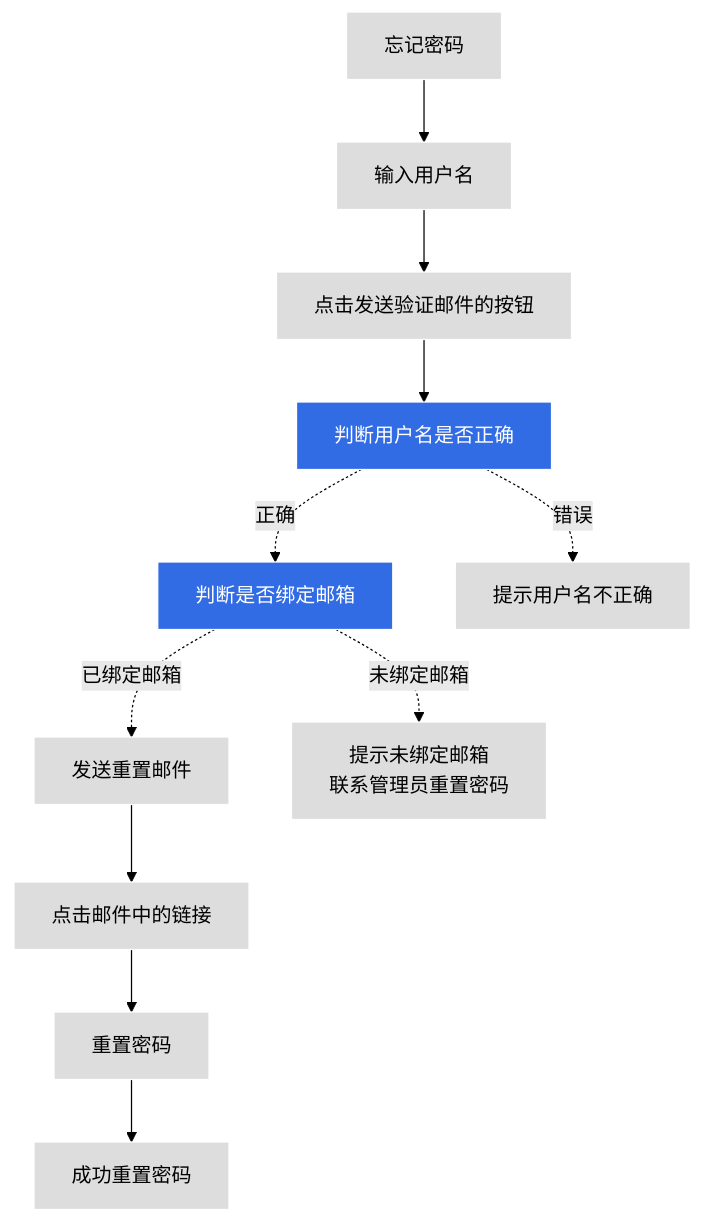
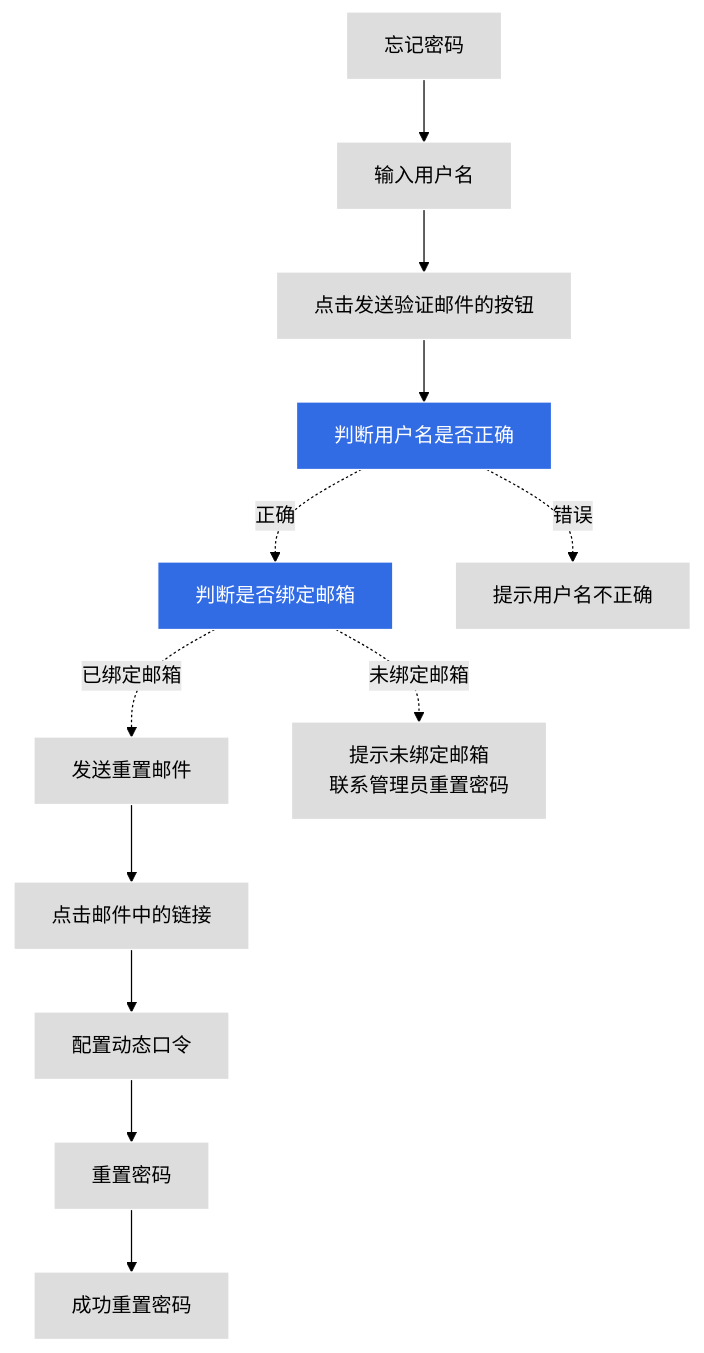
One commit to DaoCloud/DaoCloud-docs changed the diagram in docs/zh/docs/ghippo/user-guide/password.md. Above: the diagram before and after it, drawn with Mermaid (forest theme). The commit also changed other lines of this file and 5 other files, not shown here.

````diff
--- a/docs/zh/docs/ghippo/user-guide/password.md
+++ b/docs/zh/docs/ghippo/user-guide/password.md
@@ -38,22 +37,22 @@
 ```mermaid
 graph TB
 
 pass[忘记密码] --> usern[输入用户名]
 --> button[点击发送验证邮件的按钮] --> judge1[判断用户名是否正确]
 
     judge1 -.正确.-> judge2[判断是否绑定邮箱]
     judge1 -.错误.-> tip1[提示用户名不正确]
     
         judge2 -.已绑定邮箱.-> send[发送重置邮件]
         judge2 -.未绑定邮箱.-> tip2[提示未绑定邮箱<br>联系管理员重置密码]
         
-send --> click[点击邮件中的链接] --> reset[重置密码]
+send --> click[点击邮件中的链接] --> config[配置动态口令] --> reset[重置密码]
 --> success[成功重置密码]
 
 classDef plain fill:#ddd,stroke:#fff,stroke-width:1px,color:#000;
 classDef k8s fill:#326ce5,stroke:#fff,stroke-width:1px,color:#fff;
 classDef cluster fill:#fff,stroke:#bbb,stroke-width:1px,color:#326ce5;
 
-class pass,usern,button,tip1,send,tip2,send,click,reset,success plain;
+class pass,usern,button,tip1,send,tip2,send,click,config,reset,success plain;
 class judge1,judge2 k8s
 ```
````
